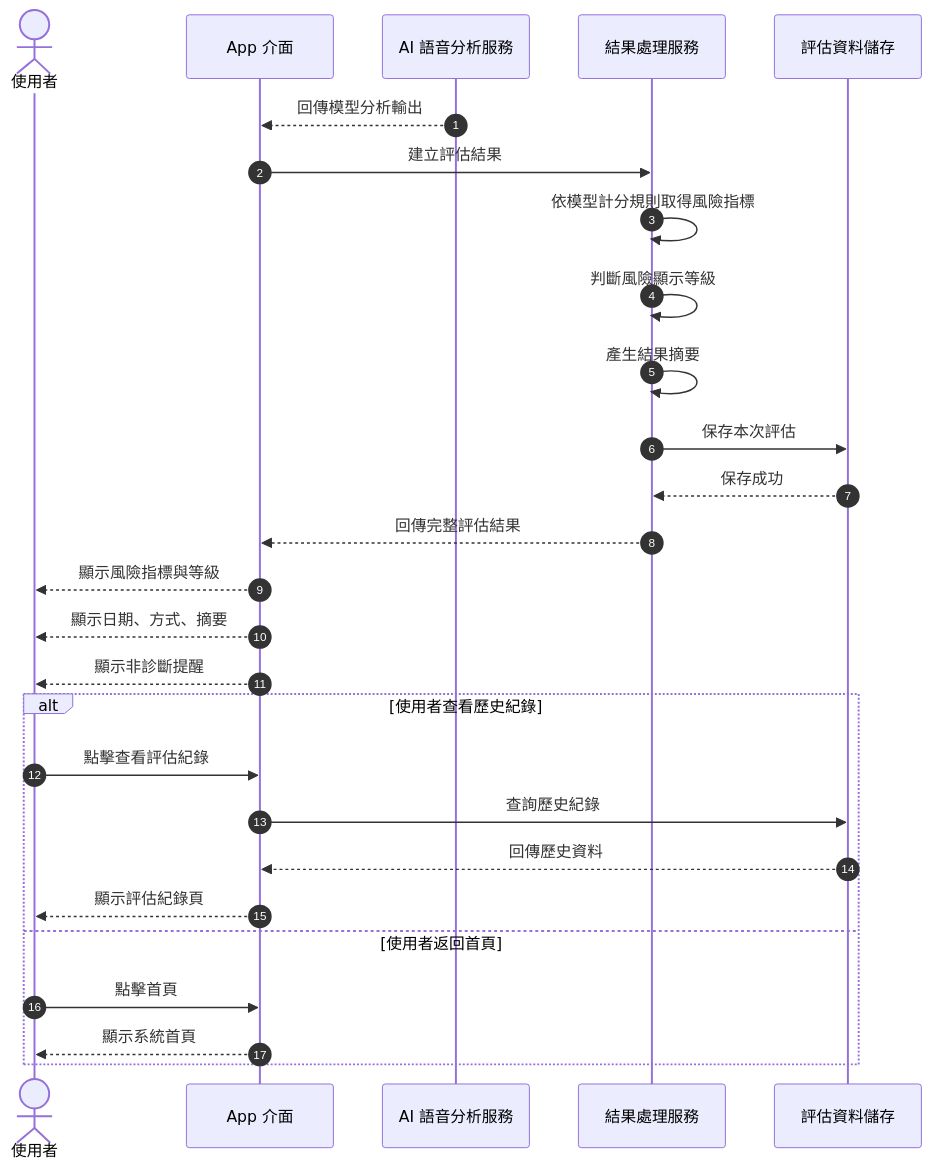
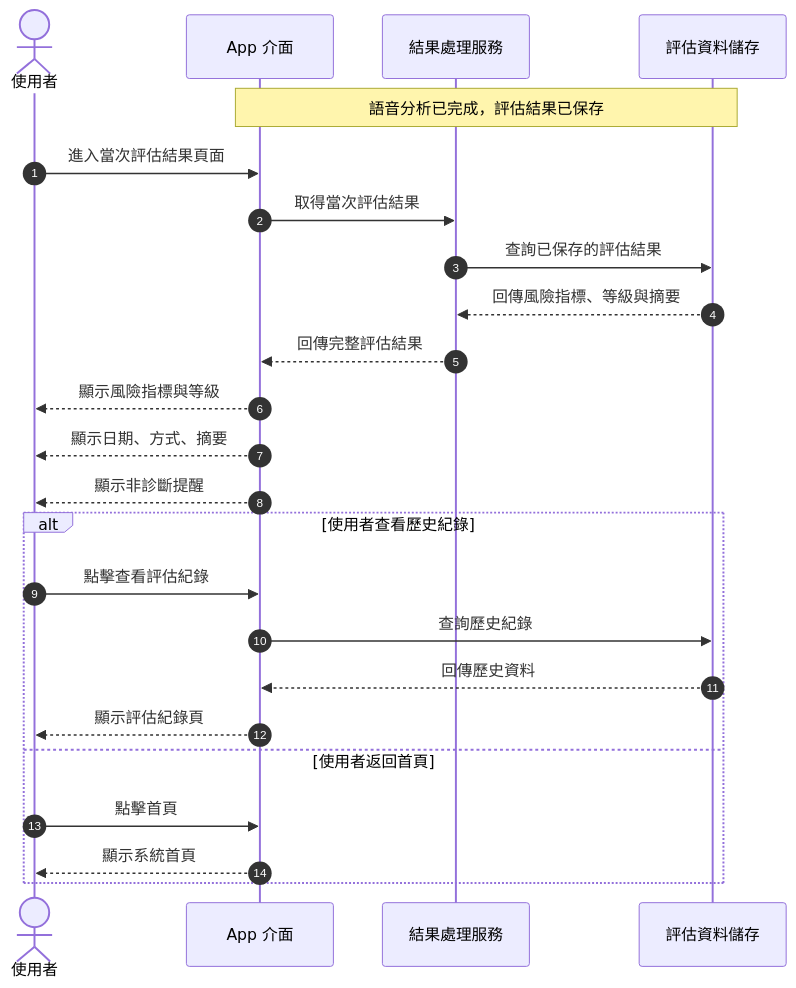
Before and after one commit to c113118216/115-b-team: the fifth of 10 diagrams in team_04.md, drawn with Mermaid. The commit also changed other lines of this file, not shown here.

````diff
--- a/team_04.md
+++ b/team_04.md
@@ -416,35 +417,31 @@
 ```mermaid
 sequenceDiagram
     autonumber
 
     actor U as 使用者
     participant APP as App 介面
-    participant AI as AI 語音分析服務
     participant RESULT as 結果處理服務
     participant DB as 評估資料儲存
 
-    AI-->>APP: 回傳模型分析輸出
-    APP->>RESULT: 建立評估結果
+    Note over APP,DB: 語音分析已完成，評估結果已保存
 
-    RESULT->>RESULT: 依模型計分規則取得風險指標
-    RESULT->>RESULT: 判斷風險顯示等級
-    RESULT->>RESULT: 產生結果摘要
-
-    RESULT->>DB: 保存本次評估
-    DB-->>RESULT: 保存成功
+    U->>APP: 進入當次評估結果頁面
+    APP->>RESULT: 取得當次評估結果
+    RESULT->>DB: 查詢已保存的評估結果
+    DB-->>RESULT: 回傳風險指標、等級與摘要
     RESULT-->>APP: 回傳完整評估結果
 
     APP-->>U: 顯示風險指標與等級
     APP-->>U: 顯示日期、方式、摘要
     APP-->>U: 顯示非診斷提醒
 
     alt 使用者查看歷史紀錄
         U->>APP: 點擊查看評估紀錄
         APP->>DB: 查詢歷史紀錄
         DB-->>APP: 回傳歷史資料
         APP-->>U: 顯示評估紀錄頁
     else 使用者返回首頁
         U->>APP: 點擊首頁
         APP-->>U: 顯示系統首頁
     end
 ```
````
